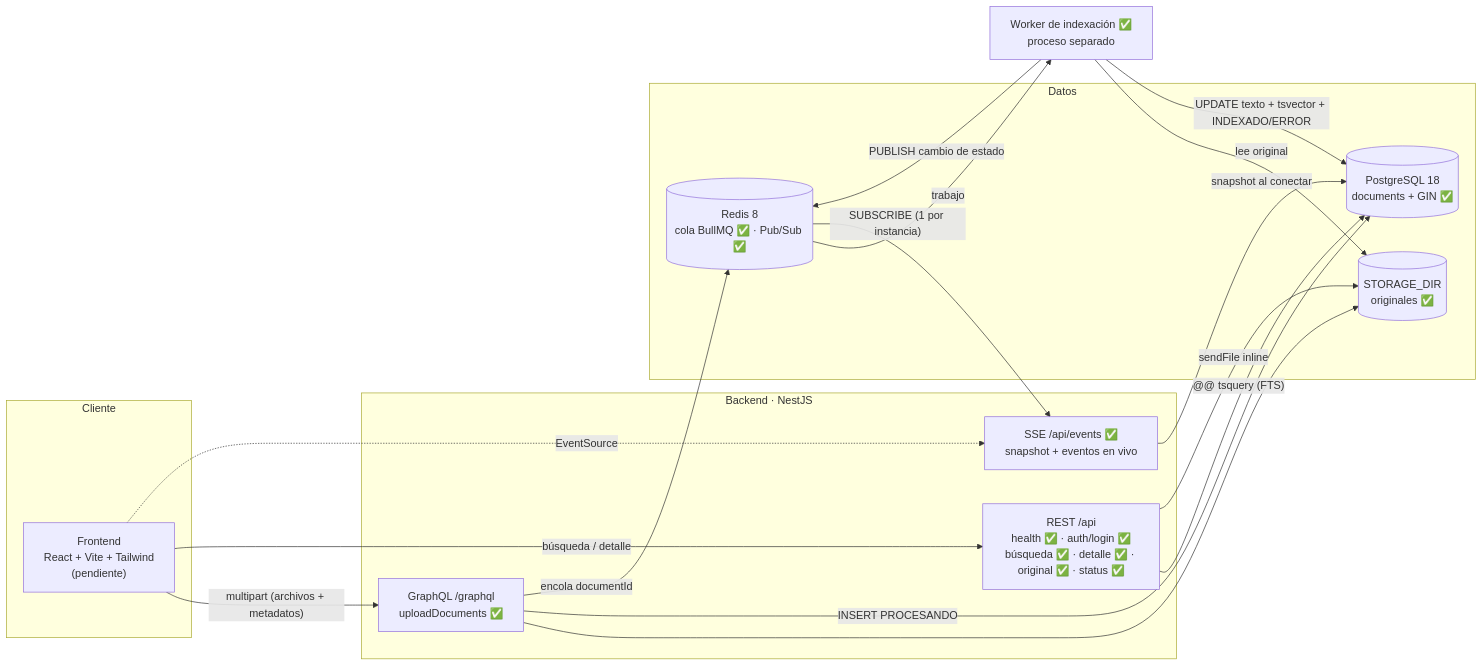
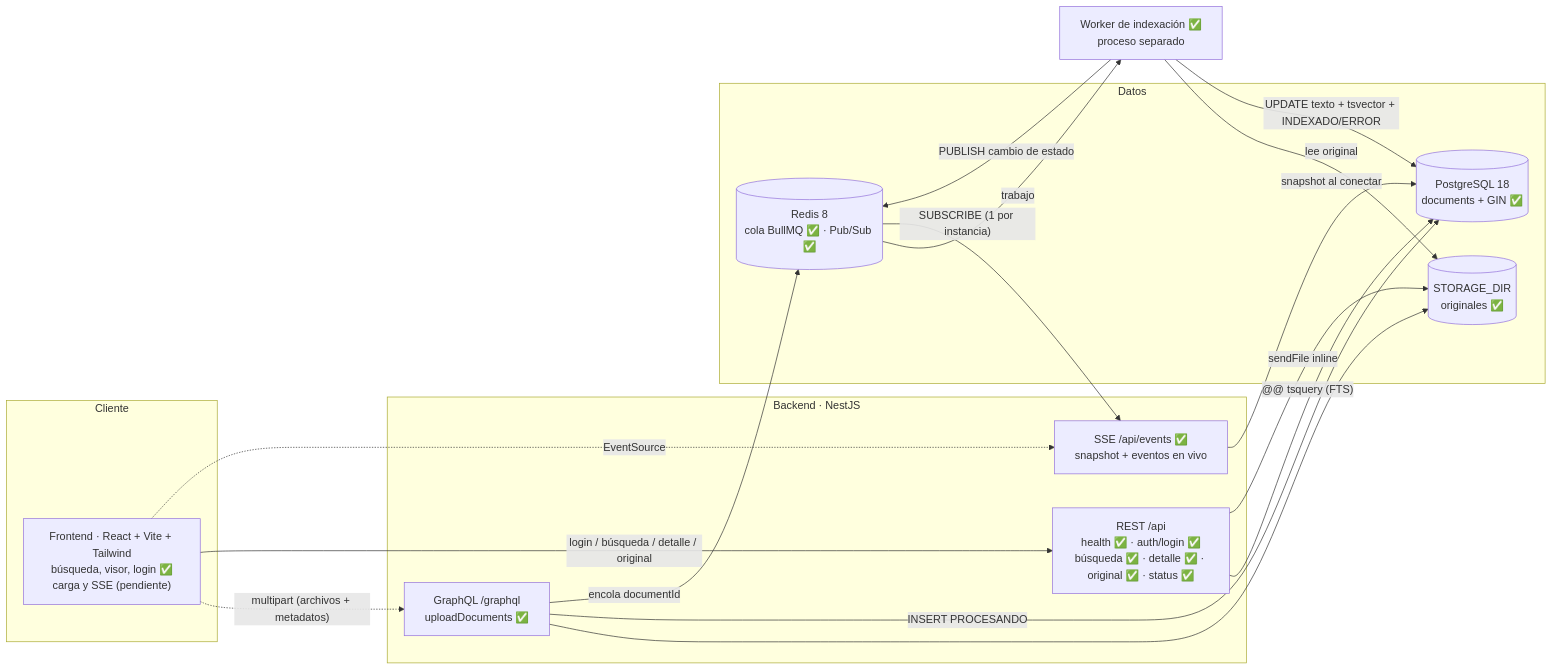
One commit to camilollamas/pt_documental changed the first of 2 diagrams in docs/architecture.md. Above: the diagram before and after it, drawn with Mermaid. The commit also changed other lines of this file and 42 other files, not shown here.

First line of the commit message:
feat(frontend): búsqueda, visor de documentos y login con el sistema de diseño Cajetín

````diff
--- a/docs/architecture.md
+++ b/docs/architecture.md
@@ -7,35 +7,35 @@
 ```mermaid
 flowchart LR
     subgraph Cliente
-        UI["Frontend<br/>React + Vite + Tailwind<br/>(pendiente)"]
+        UI["Frontend · React + Vite + Tailwind<br/>búsqueda, visor, login ✅<br/>carga y SSE (pendiente)"]
     end
 
     subgraph API["Backend · NestJS"]
         GQL["GraphQL /graphql<br/>uploadDocuments ✅"]
         REST["REST /api<br/>health ✅ · auth/login ✅<br/>búsqueda ✅ · detalle ✅ · original ✅ · status ✅"]
         SSE["SSE /api/events ✅<br/>snapshot + eventos en vivo"]
     end
 
     subgraph Datos
         PG[("PostgreSQL 18<br/>documents + GIN ✅")]
         FS[("STORAGE_DIR<br/>originales ✅")]
         RQ[("Redis 8<br/>cola BullMQ ✅ · Pub/Sub ✅")]
     end
 
     W["Worker de indexación ✅<br/>proceso separado"]
 
-    UI -- "multipart (archivos + metadatos)" --> GQL
-    UI -- "búsqueda / detalle" --> REST
+    UI -. "multipart (archivos + metadatos)" .-> GQL
+    UI -- "login / búsqueda / detalle / original" --> REST
     UI -. "EventSource" .-> SSE
     GQL --> FS
     GQL -- "INSERT PROCESANDO" --> PG
     GQL -- "encola documentId" --> RQ
     RQ -- "trabajo" --> W
     W -- "lee original" --> FS
     W -- "UPDATE texto + tsvector + INDEXADO/ERROR" --> PG
     W -- "PUBLISH cambio de estado" --> RQ
     RQ -- "SUBSCRIBE (1 por instancia)" --> SSE
     SSE -- "snapshot al conectar" --> PG
     REST -- "@@ tsquery (FTS)" --> PG
     REST -- "sendFile inline" --> FS
 ```
````
